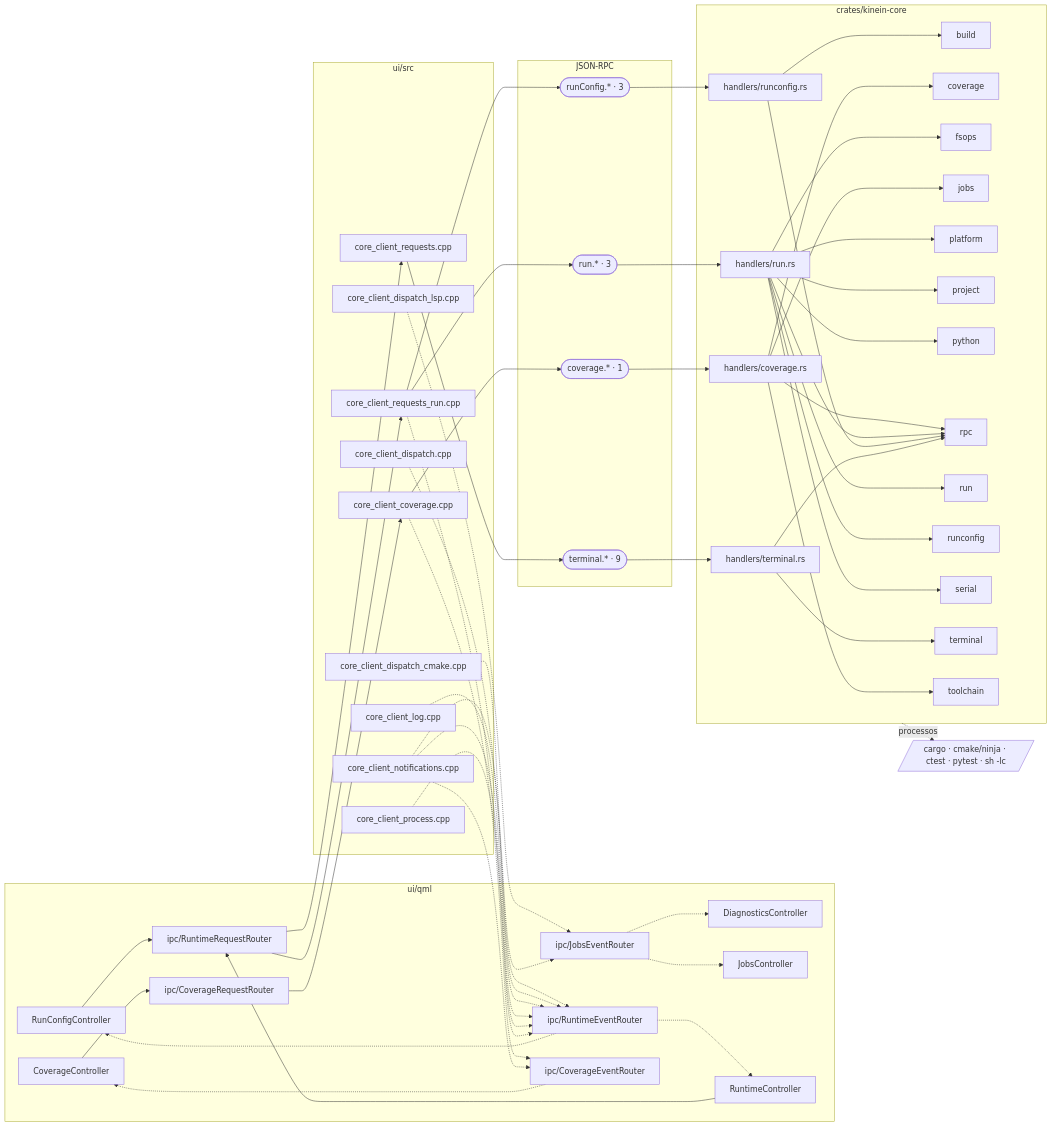
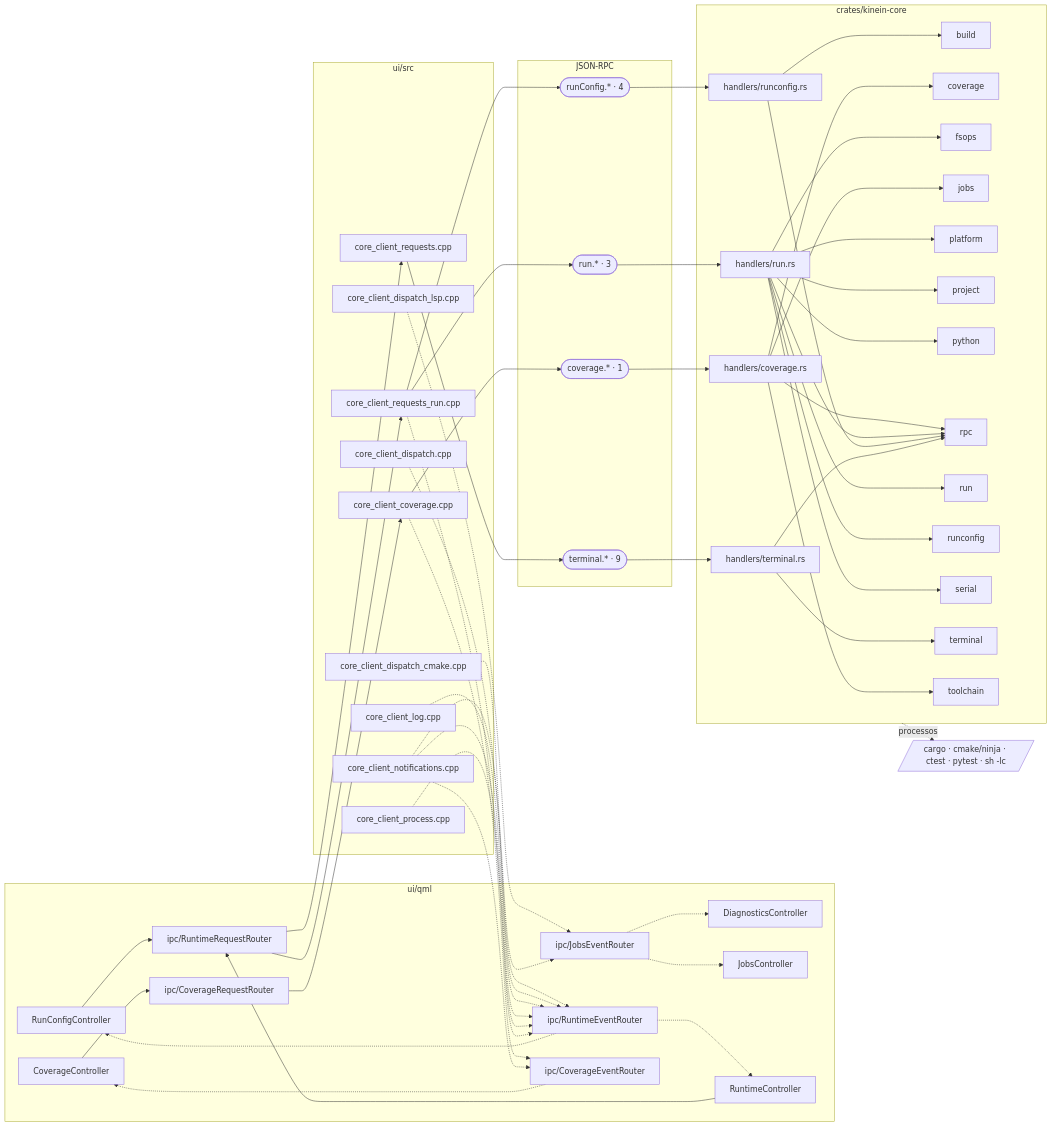
Before and after one commit to ViktorWalde/KineinVectis: the eighth of 16 diagrams in DocsPublic/arquitetura/01-mapa-de-modulos.md, drawn with Mermaid. The commit also changed other lines of this file and 40 other files, not shown here.

```diff
--- a/DocsPublic/arquitetura/01-mapa-de-modulos.md
+++ b/DocsPublic/arquitetura/01-mapa-de-modulos.md
@@ -741,7 +742,7 @@
   subgraph IPC["JSON-RPC"]
     n_ipc_coverage(["coverage.* · 1"])
     n_ipc_run(["run.* · 3"])
-    n_ipc_runConfig(["runConfig.* · 3"])
+    n_ipc_runConfig(["runConfig.* · 4"])
     n_ipc_terminal(["terminal.* · 9"])
   end
   subgraph CORE["crates/kinein-core"]
```
